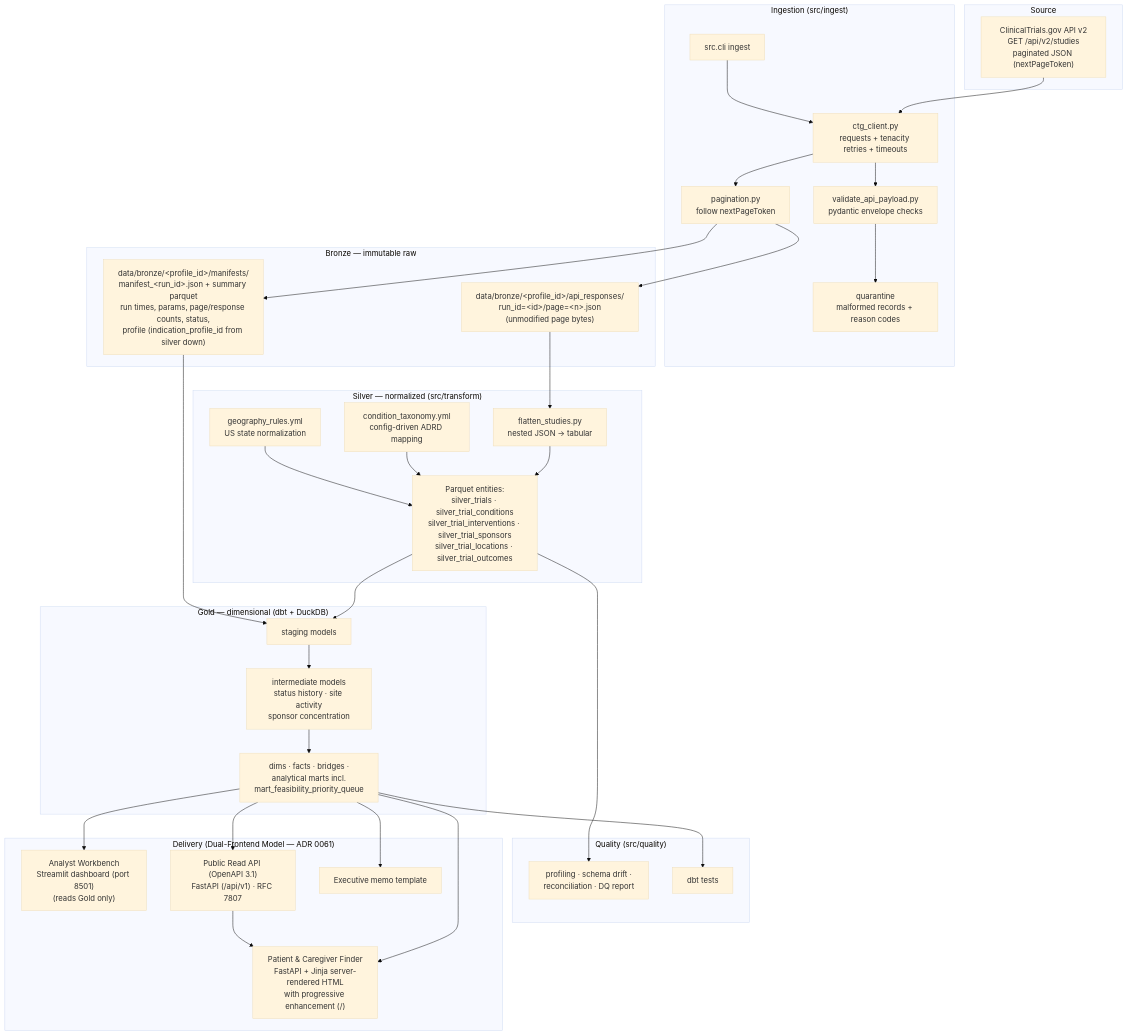
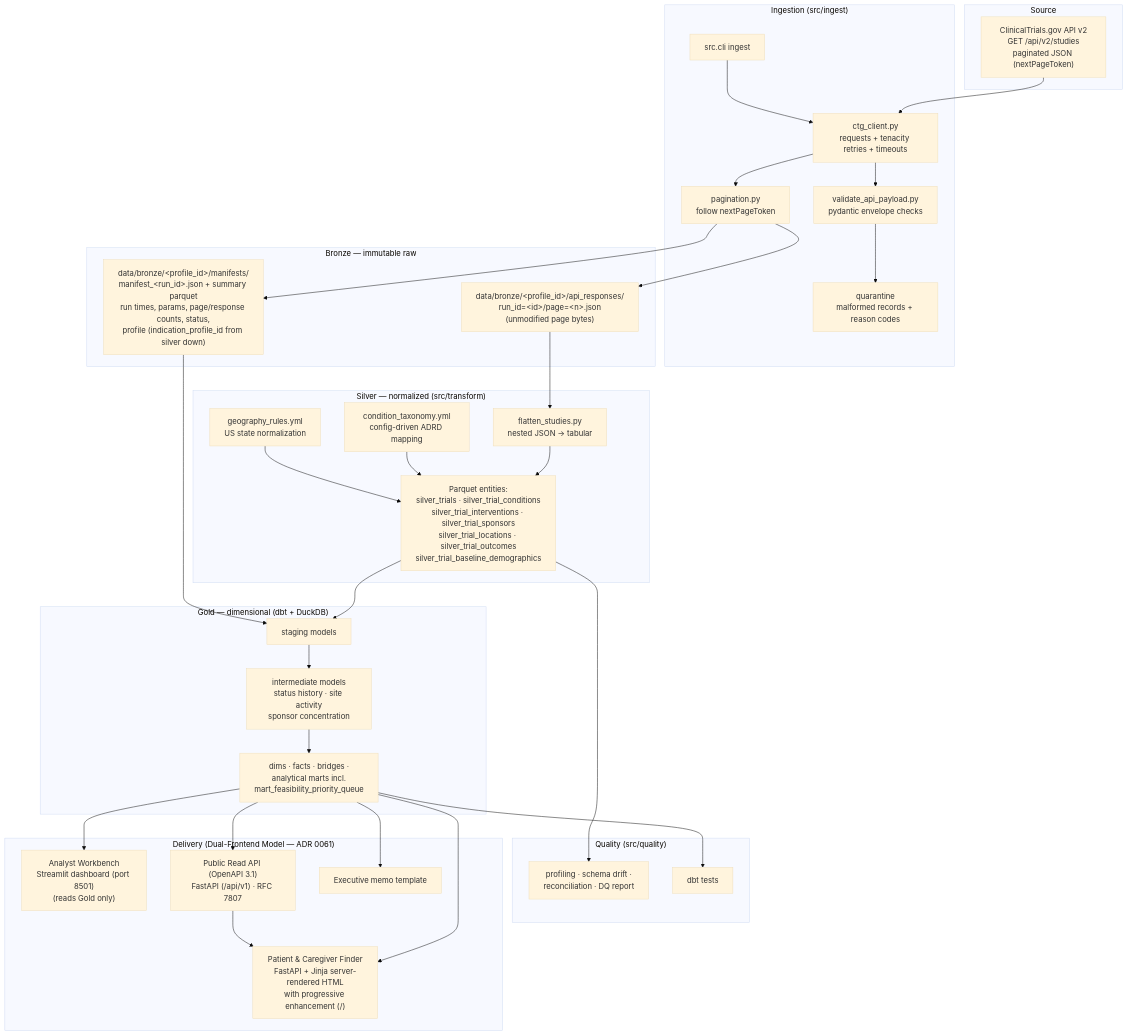
One commit to ne1cc/cti-dashboard changed the first of 2 diagrams in docs/architecture.md. Above: the diagram before and after it, drawn with Mermaid (base theme). The commit also changed 11 other files, not shown here.

First line of the commit message:
fix(transform): address review round 1 on baseline demographics (#74)

````diff
--- a/docs/architecture.md
+++ b/docs/architecture.md
@@ -10,61 +10,61 @@
 ```mermaid
 flowchart TB
     subgraph SRC["Source"]
         CTG["ClinicalTrials.gov API v2<br/>GET /api/v2/studies<br/>paginated JSON (nextPageToken)"]
     end
 
     subgraph ING["Ingestion (src/ingest)"]
         CLI["src.cli ingest"]
         CLIENT["ctg_client.py<br/>requests + tenacity retries + timeouts"]
         PAGES["pagination.py<br/>follow nextPageToken"]
         VAL["validate_api_payload.py<br/>pydantic envelope checks"]
         QUAR["quarantine<br/>malformed records + reason codes"]
     end
 
     subgraph BRONZE["Bronze — immutable raw"]
         RAWJSON["data/bronze/&lt;profile_id&gt;/api_responses/<br/>run_id=&lt;id&gt;/page=&lt;n&gt;.json<br/>(unmodified page bytes)"]
         MANIFEST["data/bronze/&lt;profile_id&gt;/manifests/<br/>manifest_&lt;run_id&gt;.json + summary parquet<br/>run times, params, page/response counts, status,<br/>profile (indication_profile_id from silver down)"]
     end
 
     subgraph SILVER["Silver — normalized (src/transform)"]
         FLAT["flatten_studies.py<br/>nested JSON → tabular"]
-        ENTITIES["Parquet entities:<br/>silver_trials · silver_trial_conditions<br/>silver_trial_interventions · silver_trial_sponsors<br/>silver_trial_locations · silver_trial_outcomes"]
+        ENTITIES["Parquet entities:<br/>silver_trials · silver_trial_conditions<br/>silver_trial_interventions · silver_trial_sponsors<br/>silver_trial_locations · silver_trial_outcomes<br/>silver_trial_baseline_demographics"]
         TAX["condition_taxonomy.yml<br/>config-driven ADRD mapping"]
         GEO["geography_rules.yml<br/>US state normalization"]
     end
 
     subgraph GOLD["Gold — dimensional (dbt + DuckDB)"]
         STG["staging models"]
         INT["intermediate models<br/>status history · site activity<br/>sponsor concentration"]
         MARTS["dims · facts · bridges ·<br/>analytical marts incl.<br/>mart_feasibility_priority_queue"]
     end
 
     subgraph QA["Quality (src/quality)"]
         PROF["profiling · schema drift ·<br/>reconciliation · DQ report"]
         DBTTEST["dbt tests"]
     end
 
     subgraph OUT["Delivery (Dual-Frontend Model — ADR 0061)"]
         APP["Analyst Workbench<br/>Streamlit dashboard (port 8501)<br/>(reads Gold only)"]
         PATIENT["Patient & Caregiver Finder<br/>FastAPI + Jinja server-rendered HTML<br/>with progressive enhancement (/)"]
         API["Public Read API (OpenAPI 3.1)<br/>FastAPI (/api/v1) · RFC 7807"]
         MEMODOC["Executive memo template"]
     end
 
     CTG --> CLIENT
     CLI --> CLIENT --> PAGES --> RAWJSON
     PAGES --> MANIFEST
     CLIENT --> VAL --> QUAR
     RAWJSON --> FLAT --> ENTITIES
     TAX --> ENTITIES
     GEO --> ENTITIES
     ENTITIES --> STG --> INT --> MARTS
     MANIFEST --> STG
     ENTITIES --> PROF
     MARTS --> DBTTEST
     MARTS --> APP
     MARTS --> PATIENT
     MARTS --> API
     MARTS --> MEMODOC
     API --> PATIENT
 ```
````
